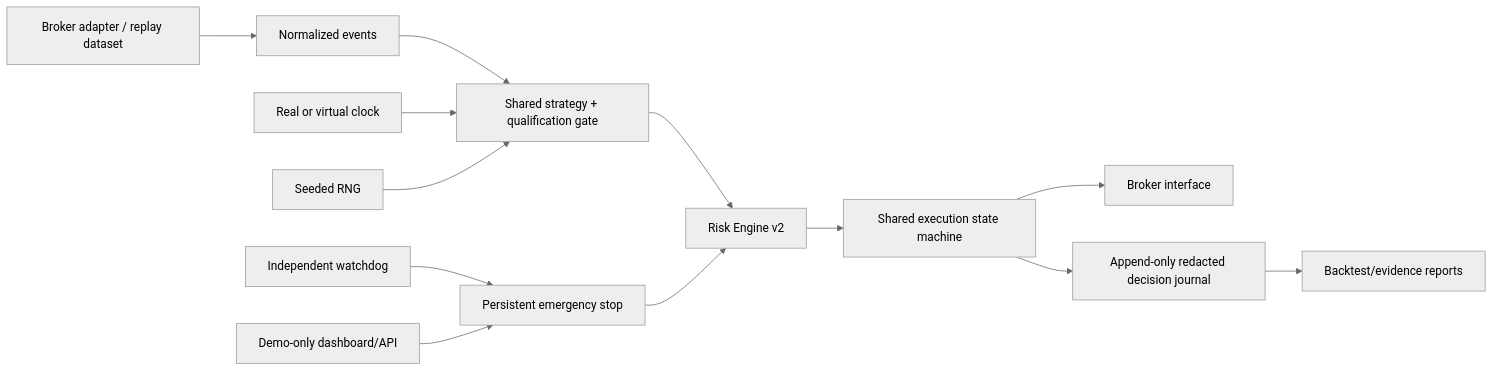
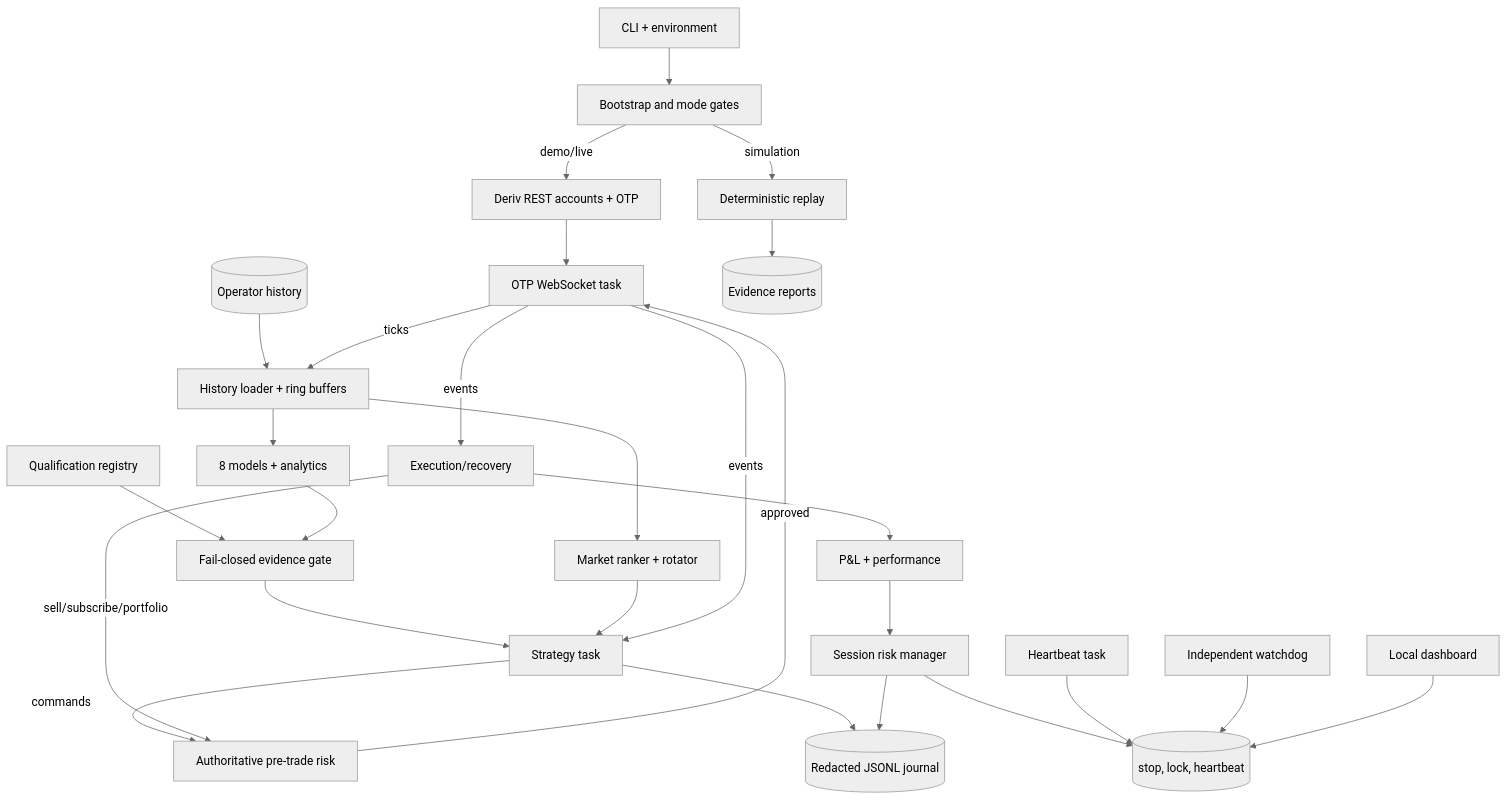
The first of 5 diagrams in data-room/ARCHITECTURE.md (denuwansadares-cmd/deriv-quant-private), drawn with Mermaid (neutral theme) before and after one commit. The commit also changed other lines of this file and 48 other files, not shown here.

````diff
--- a/data-room/ARCHITECTURE.md
+++ b/data-room/ARCHITECTURE.md
@@ -3,15 +29,28 @@
 ```mermaid
-flowchart LR
-  Feed[Broker adapter / replay dataset] --> Norm[Normalized events]
-  Norm --> Strategy[Shared strategy + qualification gate]
-  Strategy --> Risk[Risk Engine v2]
-  Risk --> Exec[Shared execution state machine]
-  Exec --> Broker[Broker interface]
-  Exec --> Journal[Append-only redacted decision journal]
-  Journal --> Reports[Backtest/evidence reports]
-  Clock[Real or virtual clock] --> Strategy
-  RNG[Seeded RNG] --> Strategy
-  Watchdog[Independent watchdog] --> Stop[Persistent emergency stop]
-  Stop --> Risk
-  Dashboard[Demo-only dashboard/API] --> Stop
+flowchart TB
+  Operator[CLI + environment] --> Bootstrap[Bootstrap and mode gates]
+  Bootstrap -->|simulation| Replay[Deterministic replay]
+  Bootstrap -->|demo/live| REST[Deriv REST accounts + OTP]
+  REST --> WS[OTP WebSocket task]
+  History[(Operator history)] --> Loader[History loader + ring buffers]
+  WS -->|ticks| Loader
+  Loader --> Ranker[Market ranker + rotator]
+  Loader --> Models[8 models + analytics]
+  Evidence[Qualification registry] --> Gate[Fail-closed evidence gate]
+  Models --> Gate --> Strategy[Strategy task]
+  Ranker --> Strategy
+  Strategy -->|commands| Risk[Authoritative pre-trade risk]
+  Risk -->|approved| WS
+  WS -->|events| Strategy
+  WS -->|events| Executor[Execution/recovery]
+  Executor -->|sell/subscribe/portfolio| Risk
+  Executor --> Settlement[P&L + performance]
+  Settlement --> SessionRisk[Session risk manager]
+  SessionRisk --> State[(stop, lock, heartbeat)]
+  Heartbeat[Heartbeat task] --> State
+  Watchdog[Independent watchdog] --> State
+  Dashboard[Local dashboard] --> State
+  Strategy --> Journal[(Redacted JSONL journal)]
+  SessionRisk --> Journal
+  Replay --> Reports[(Evidence reports)]
 ```
````
